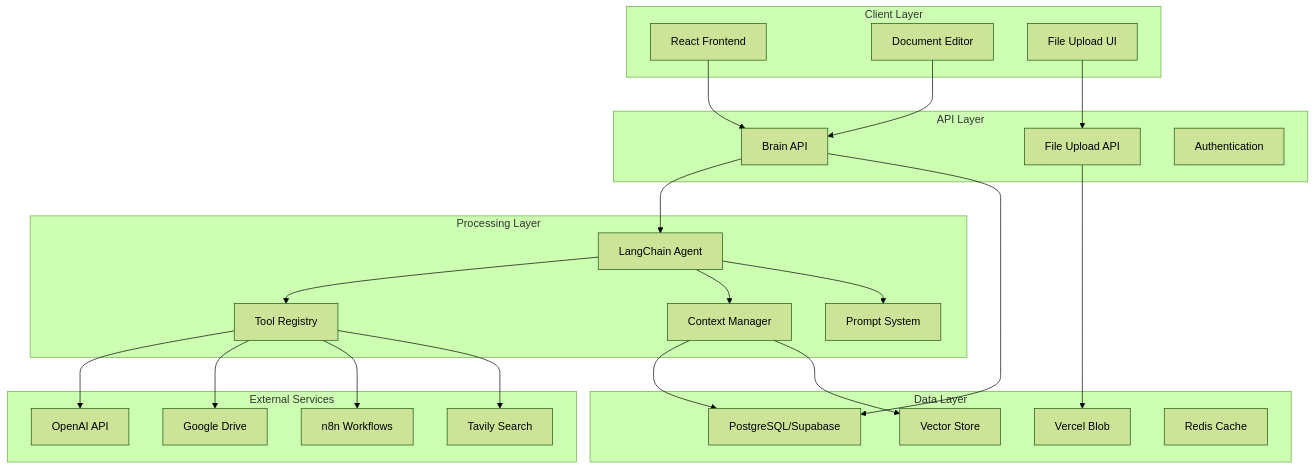
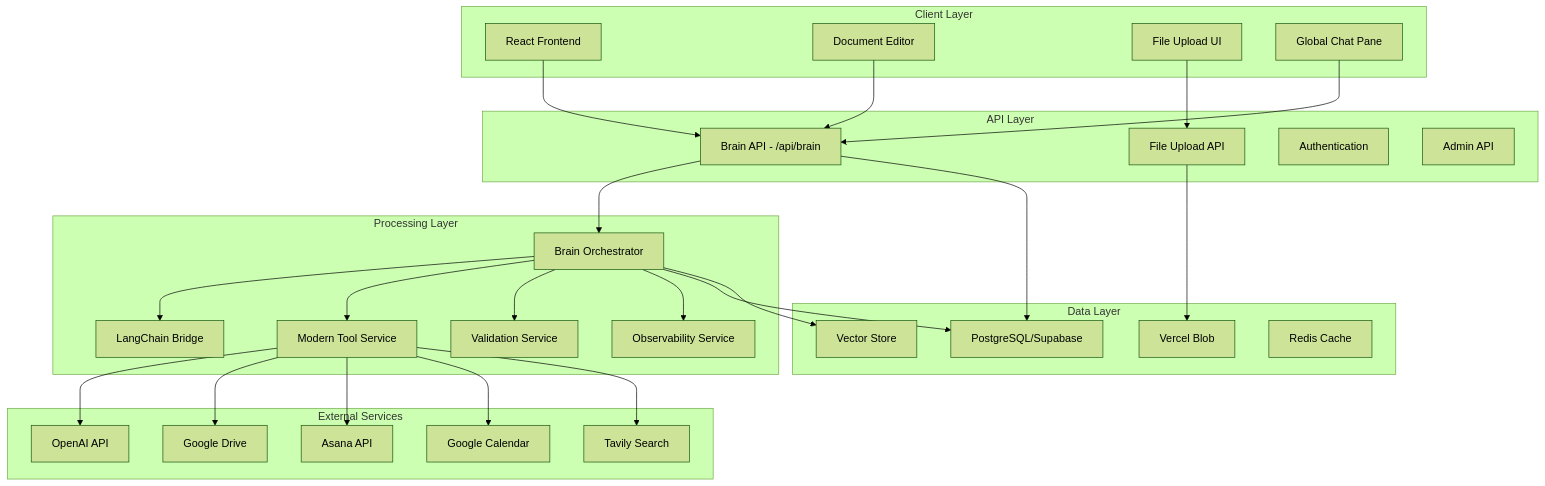
Before and after one commit to quibitai/Qubit_RAG: the first of 3 diagrams in ARCHITECTURE.md, drawn with Mermaid (forest theme). The commit also changed other lines of this file and 37 other files, not shown here.

````diff
--- a/ARCHITECTURE.md
+++ b/ARCHITECTURE.md
@@ -34,51 +34,58 @@
 ```mermaid
 graph TB
     subgraph "Client Layer"
         A[React Frontend]
         B[Document Editor]
         C[File Upload UI]
+        D[Global Chat Pane]
     end
     
     subgraph "API Layer"
-        D[Brain API]
-        E[File Upload API]
-        F[Authentication]
+        E[Brain API - /api/brain]
+        F[File Upload API]
+        G[Authentication]
+        H[Admin API]
     end
     
     subgraph "Processing Layer"
-        G[LangChain Agent]
-        H[Tool Registry]
-        I[Context Manager]
-        J[Prompt System]
+        I[Brain Orchestrator]
+        J[LangChain Bridge]
+        K[Modern Tool Service]
+        L[Validation Service]
+        M[Observability Service]
     end
     
     subgraph "Data Layer"
-        K[PostgreSQL/Supabase]
-        L[Vector Store]
-        M[Vercel Blob]
-        N[Redis Cache]
+        N[PostgreSQL/Supabase]
+        O[Vector Store]
+        P[Vercel Blob]
+        Q[Redis Cache]
     end
     
     subgraph "External Services"
-        O[OpenAI API]
-        P[Google Drive]
-        Q[n8n Workflows]
-        R[Tavily Search]
+        R[OpenAI API]
+        S[Google Drive]
+        T[Asana API]
+        U[Google Calendar]
+        V[Tavily Search]
     end
     
-    A --> D
-    B --> D
-    C --> E
-    D --> G
-    G --> H
-    G --> I
-    G --> J
-    H --> O
-    H --> P
-    H --> Q
-    H --> R
-    D --> K
-    E --> M
+    A --> E
+    B --> E
+    C --> F
+    D --> E
+    E --> I
+    I --> J
     I --> K
     I --> L
+    I --> M
+    K --> R
+    K --> S
+    K --> T
+    K --> U
+    K --> V
+    E --> N
+    F --> P
+    I --> N
+    I --> O
 ```
````
